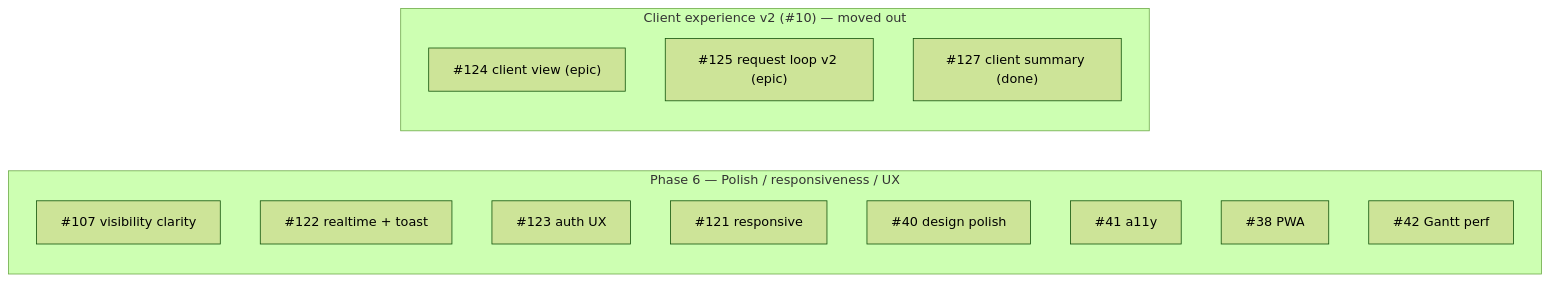
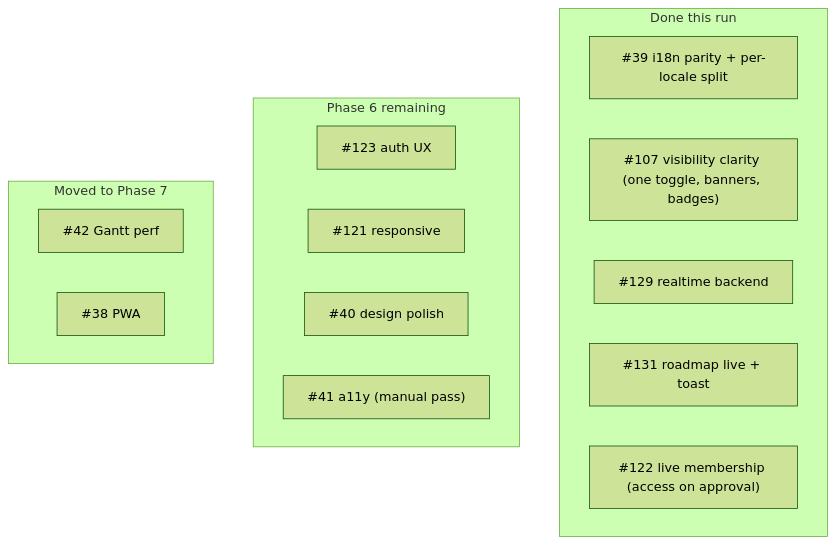
Before and after one commit to zestones/vista: the first of 2 diagrams in docs/audits/milestone-Phase 6 - Polish, responsiveness & UX (milestone #6)-audit.md, drawn with Mermaid (forest theme). The commit also changed other lines of this file, not shown here.

Commit message:
docs: Phase 6 milestone re-audit (post realtime + visibility, #42/#38 to Phase 7)

````diff
--- a/docs/audits/milestone-Phase 6 - Polish, responsiveness & UX (milestone #6)-audit.md
+++ b/docs/audits/milestone-Phase 6 - Polish, responsiveness & UX (milestone #6)-audit.md
@@ -8,18 +8,20 @@
 ```mermaid
-flowchart LR
-  subgraph P6["Phase 6 — Polish / responsiveness / UX"]
-    I107["#107 visibility clarity"]
-    I122["#122 realtime + toast"]
-    I123["#123 auth UX"]
-    I121["#121 responsive"]
-    I40["#40 design polish"]
-    I41["#41 a11y"]
-    I38["#38 PWA"]
-    I42["#42 Gantt perf"]
+flowchart TB
+  subgraph DONE["Done this run"]
+    D1["#39 i18n parity + per-locale split"]
+    D2["#107 visibility clarity (one toggle, banners, badges)"]
+    D3["#129 realtime backend"]
+    D4["#131 roadmap live + toast"]
+    D5["#122 live membership (access on approval)"]
   end
-  subgraph CX["Client experience v2 (#10) — moved out"]
-    I124["#124 client view (epic)"]
-    I125["#125 request loop v2 (epic)"]
-    I127["#127 client summary (done)"]
+  subgraph OPEN["Phase 6 remaining"]
+    O1["#123 auth UX"]
+    O2["#121 responsive"]
+    O3["#40 design polish"]
+    O4["#41 a11y (manual pass)"]
+  end
+  subgraph P7["Moved to Phase 7"]
+    M1["#42 Gantt perf"]
+    M2["#38 PWA"]
   end
 ```
````
